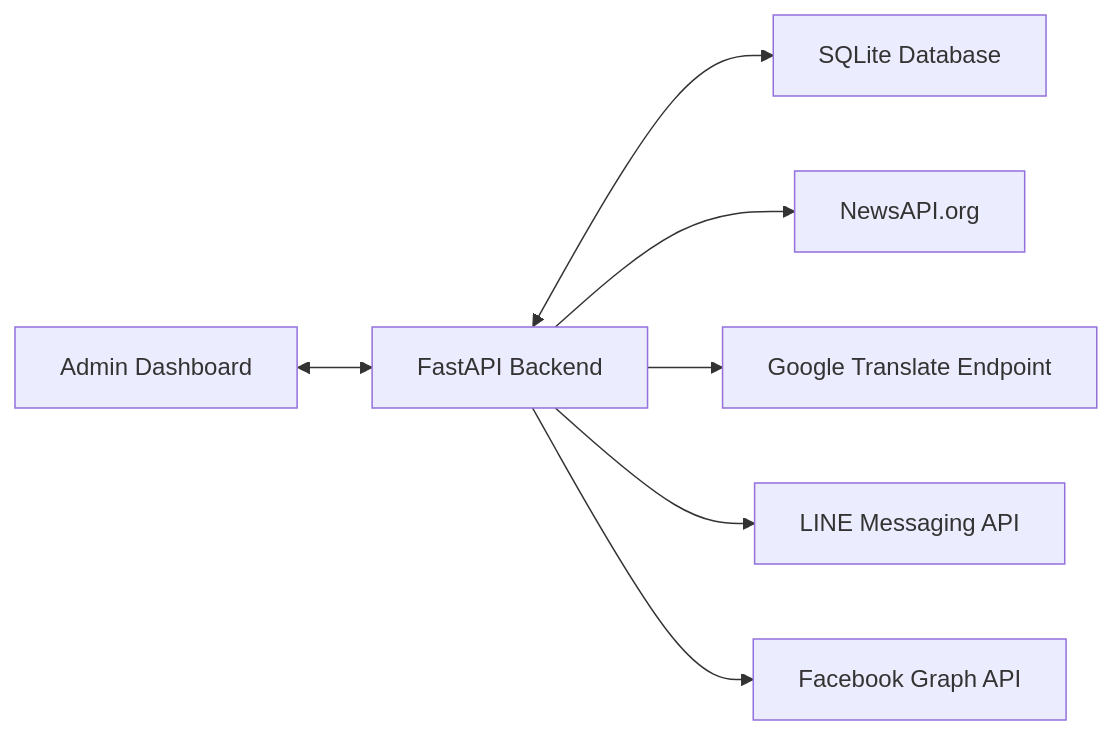
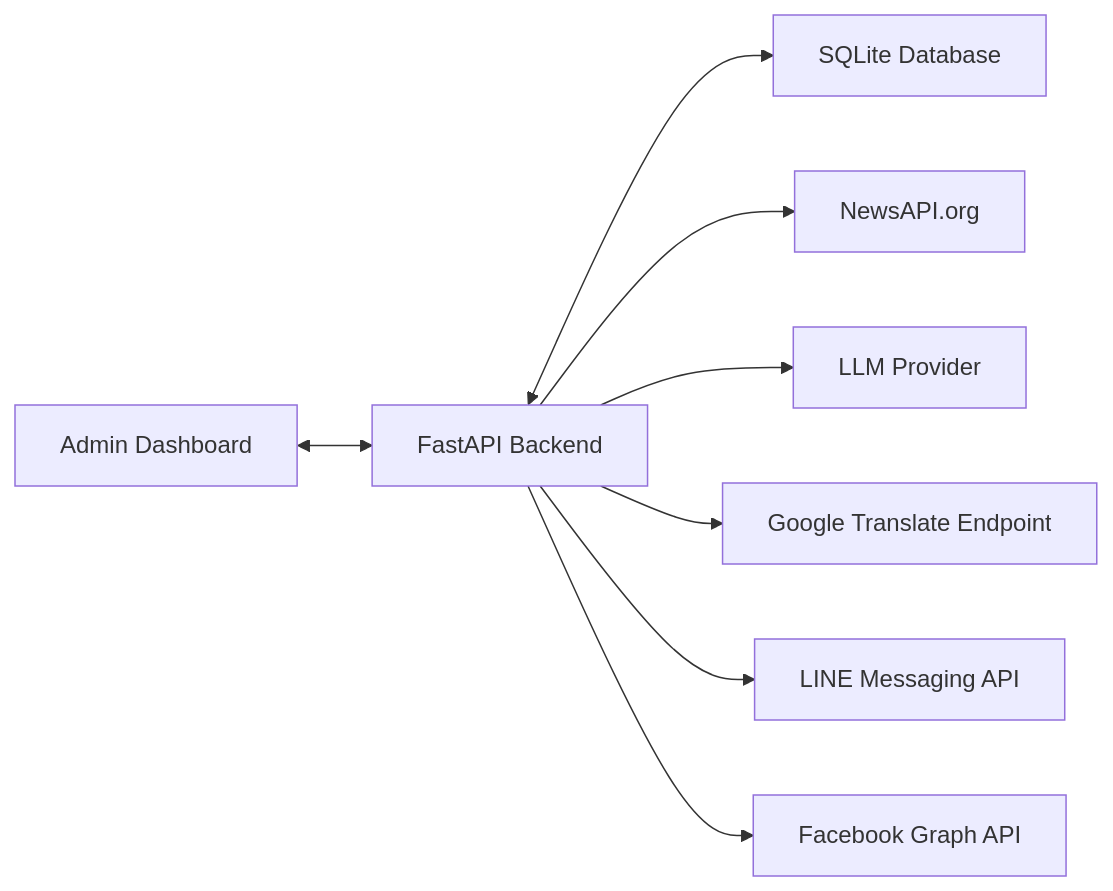
One commit to githubsupakron/war-alert-bot changed the first of 3 diagrams in docs/3_design document.md. Above: the diagram before and after it, drawn with Mermaid. The commit also changed other lines of this file and 21 other files, not shown here.

````diff
--- a/docs/3_design document.md
+++ b/docs/3_design document.md
@@ -20,17 +20,19 @@
 ```mermaid
 flowchart LR
     Admin["Admin Dashboard"]
     API["FastAPI Backend"]
     DB["SQLite Database"]
     NewsAPI["NewsAPI.org"]
+    LLM["LLM Provider"]
     Translate["Google Translate Endpoint"]
     LINE["LINE Messaging API"]
     FB["Facebook Graph API"]
 
     Admin <--> API
     API <--> DB
     API --> NewsAPI
+    API --> LLM
     API --> Translate
     API --> LINE
     API --> FB
 ```
````
